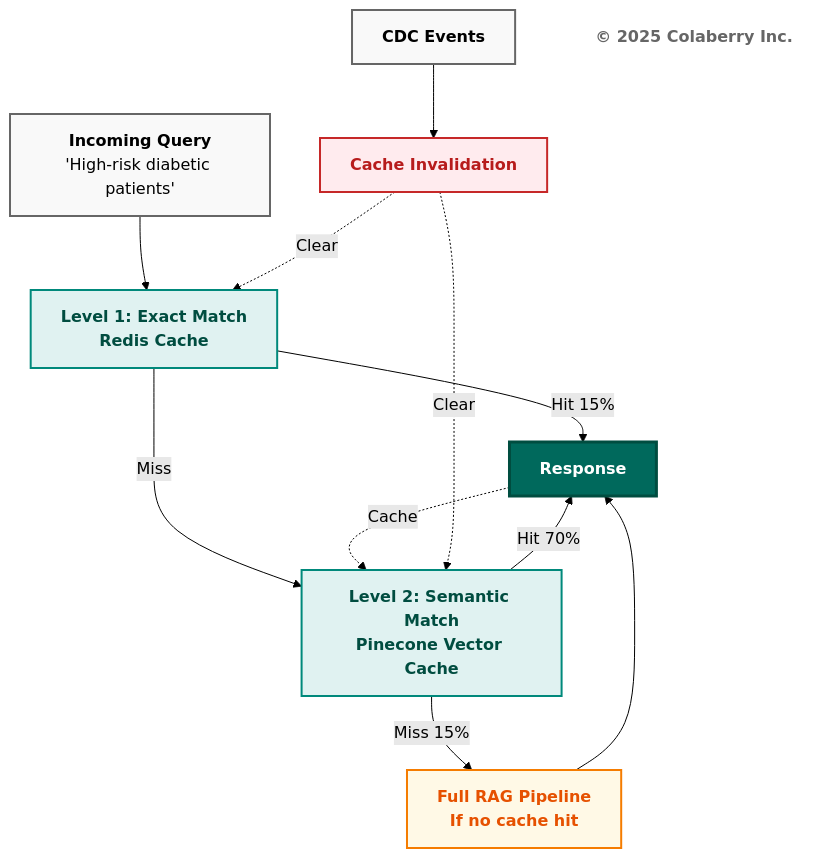
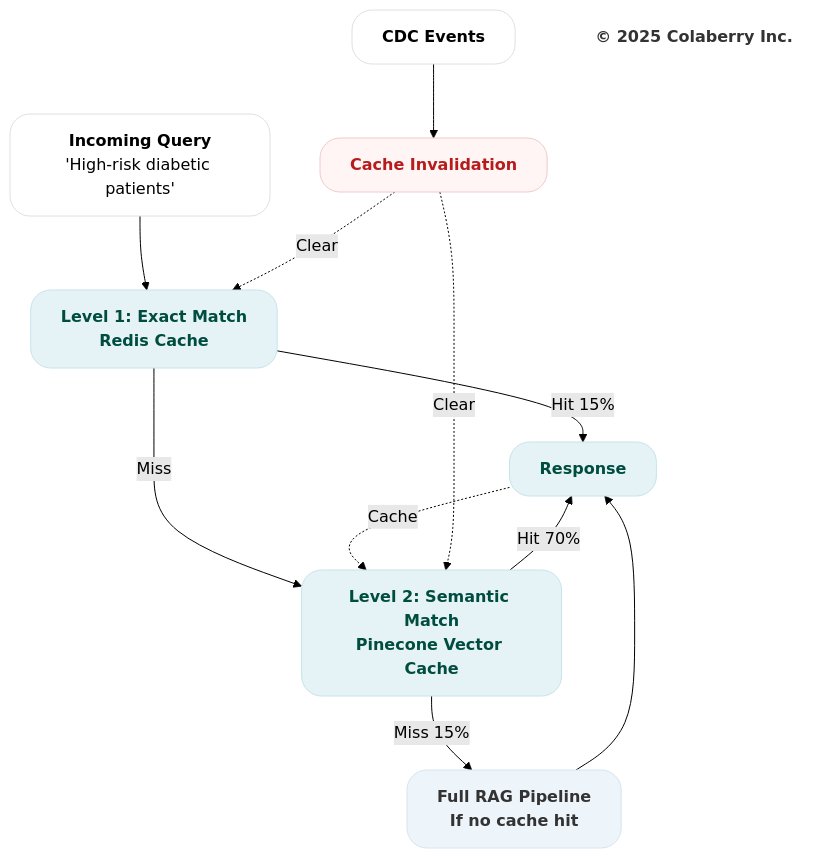
The tenth of 13 diagrams in manuscript/06_chapter_5_intelligence_layers.md (saitejesh-cyber/trust-before-intelligence-book), drawn with Mermaid (forest theme) before and after one commit. The commit also changed other lines of this file and 7 other files, not shown here.

Commit message:
Chapter 6to13: Updated mermaid diagrams based on new colaberry color code

````diff
--- a/manuscript/06_chapter_5_intelligence_layers.md
+++ b/manuscript/06_chapter_5_intelligence_layers.md
@@ -798,39 +808,39 @@
 ```mermaid
 graph TB
     QUERY["<b>Incoming Query</b><br/>'High-risk diabetic patients'"]
     
     EXACT["<b>Level 1: Exact Match</b><br/><b>Redis Cache</b>"]
     
     SEMANTIC["<b>Level 2: Semantic Match</b><br/><b>Pinecone Vector Cache</b>"]
     
     PIPELINE["<b>Full RAG Pipeline</b><br/><b>If no cache hit</b>"]
     
     RESPONSE["<b>Response</b>"]
     
     CDC["<b>CDC Events</b>"]
     
     INVALIDATE["<b>Cache Invalidation</b>"]
     
     Copyright["<b>© 2025 Colaberry Inc.</b>"]
     
     QUERY --> EXACT
     EXACT -->|Hit 15%| RESPONSE
     EXACT -->|Miss| SEMANTIC
     SEMANTIC -->|Hit 70%| RESPONSE
     SEMANTIC -->|Miss 15%| PIPELINE
     PIPELINE --> RESPONSE
     RESPONSE -.->|Cache| SEMANTIC
     
     CDC --> INVALIDATE
     INVALIDATE -.->|Clear| EXACT
     INVALIDATE -.->|Clear| SEMANTIC
     
-    style QUERY fill:#f9f9f9,stroke:#666666,stroke-width:2px,color:#000000
-    style EXACT fill:#e0f2f1,stroke:#00897b,stroke-width:2px,color:#004d40
-    style SEMANTIC fill:#e0f2f1,stroke:#00897b,stroke-width:2px,color:#004d40
-    style PIPELINE fill:#fff9e6,stroke:#f57c00,stroke-width:2px,color:#e65100
-    style RESPONSE fill:#00695c,color:#ffffff,stroke:#004d40,stroke-width:3px
-    style CDC fill:#f9f9f9,stroke:#666666,stroke-width:2px,color:#000000
-    style INVALIDATE fill:#ffebee,stroke:#c62828,stroke-width:2px,color:#b71c1c
-    style Copyright fill:#ffffff,stroke:none,color:#666666
+    style QUERY fill:#ffffff,stroke:#e0e0e0,stroke-width:1px,color:#000000,rx:20,ry:20
+    style EXACT fill:#e6f3f6,stroke:#c7e3ea,stroke-width:1px,color:#004d40,rx:20,ry:20
+    style SEMANTIC fill:#e6f3f6,stroke:#c7e3ea,stroke-width:1px,color:#004d40,rx:20,ry:20
+    style PIPELINE fill:#edf4fa,stroke:#d6e4f2,stroke-width:1px,color:#333333,rx:20,ry:20
+    style RESPONSE fill:#e6f3f6,stroke:#c7e3ea,stroke-width:1px,color:#004d40,rx:20,ry:20
+    style CDC fill:#ffffff,stroke:#e0e0e0,stroke-width:1px,color:#000000,rx:20,ry:20
+    style INVALIDATE fill:#fff5f5,stroke:#f2caca,stroke-width:1px,color:#b71c1c,rx:20,ry:20
+    style Copyright fill:none,stroke:none,color:#333333
 ```
````
